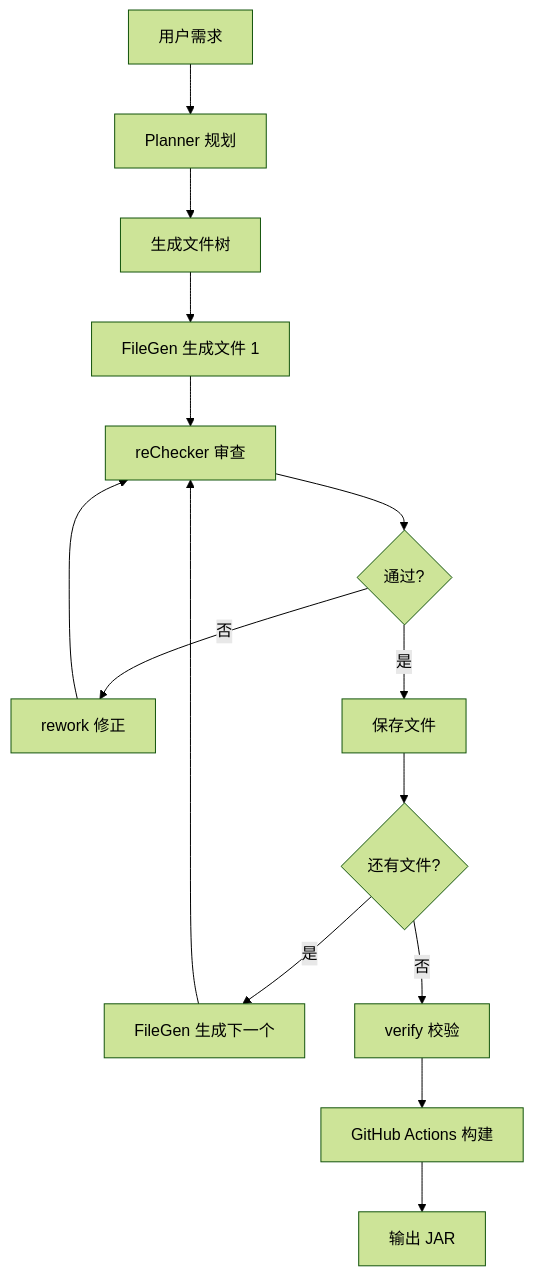
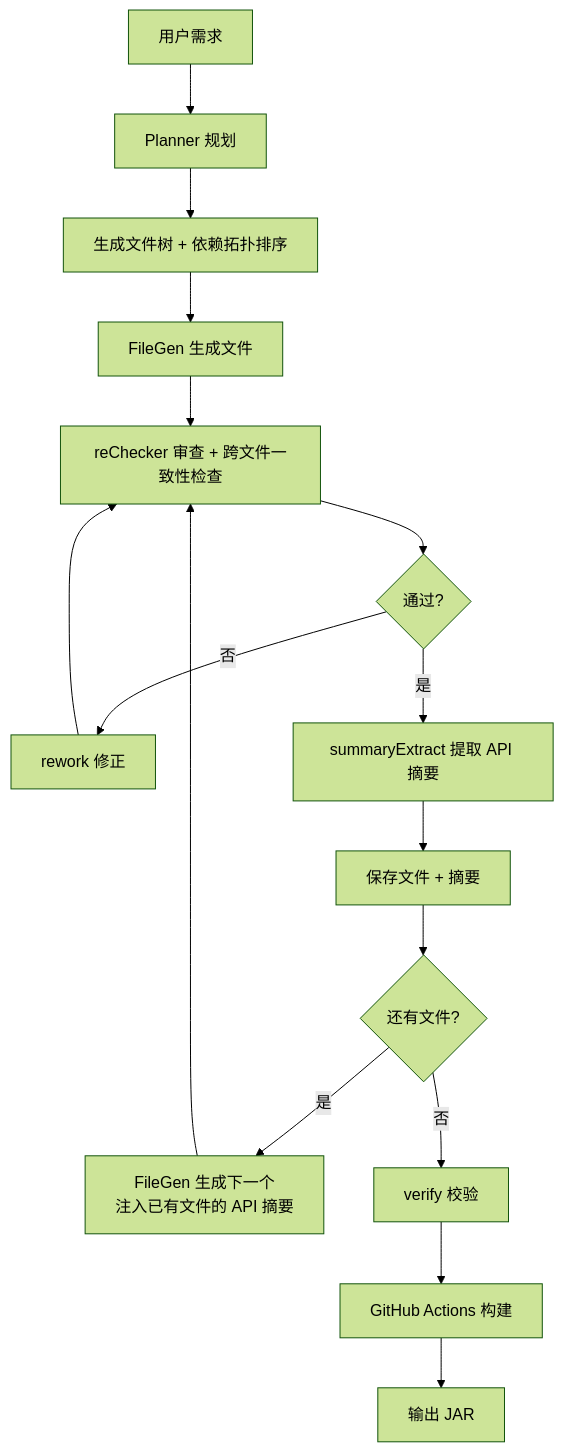
Before and after one commit to superwfox/minecraft-dev: the diagram in docs/features/ai-workflow.md, drawn with Mermaid (forest theme). The commit also changed other lines of this file and 13 other files, not shown here.

````diff
--- a/docs/features/ai-workflow.md
+++ b/docs/features/ai-workflow.md
@@ -7,17 +7,18 @@
 ```mermaid
 graph TB
     A[用户需求] --> B[Planner 规划]
-    B --> C[生成文件树]
-    C --> D[FileGen 生成文件 1]
-    D --> E[reChecker 审查]
+    B --> C[生成文件树 + 依赖拓扑排序]
+    C --> D[FileGen 生成文件]
+    D --> E[reChecker 审查 + 跨文件一致性检查]
     E --> F{通过?}
     F -->|否| G[rework 修正]
     G --> E
-    F -->|是| H[保存文件]
-    H --> I{还有文件?}
-    I -->|是| J[FileGen 生成下一个]
-    J --> E
-    I -->|否| K[verify 校验]
-    K --> L[GitHub Actions 构建]
-    L --> M[输出 JAR]
+    F -->|是| H[summaryExtract 提取 API 摘要]
+    H --> I[保存文件 + 摘要]
+    I --> J{还有文件?}
+    J -->|是| K[FileGen 生成下一个<br/>注入已有文件的 API 摘要]
+    K --> E
+    J -->|否| L[verify 校验]
+    L --> M[GitHub Actions 构建]
+    M --> N[输出 JAR]
 ```
````
